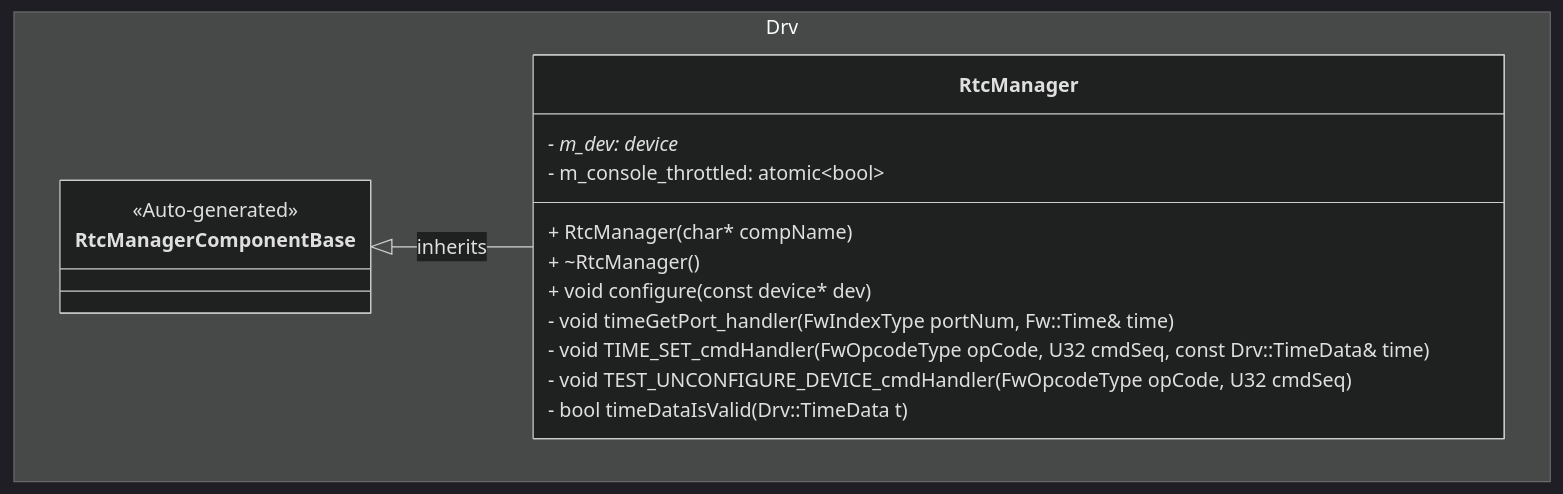
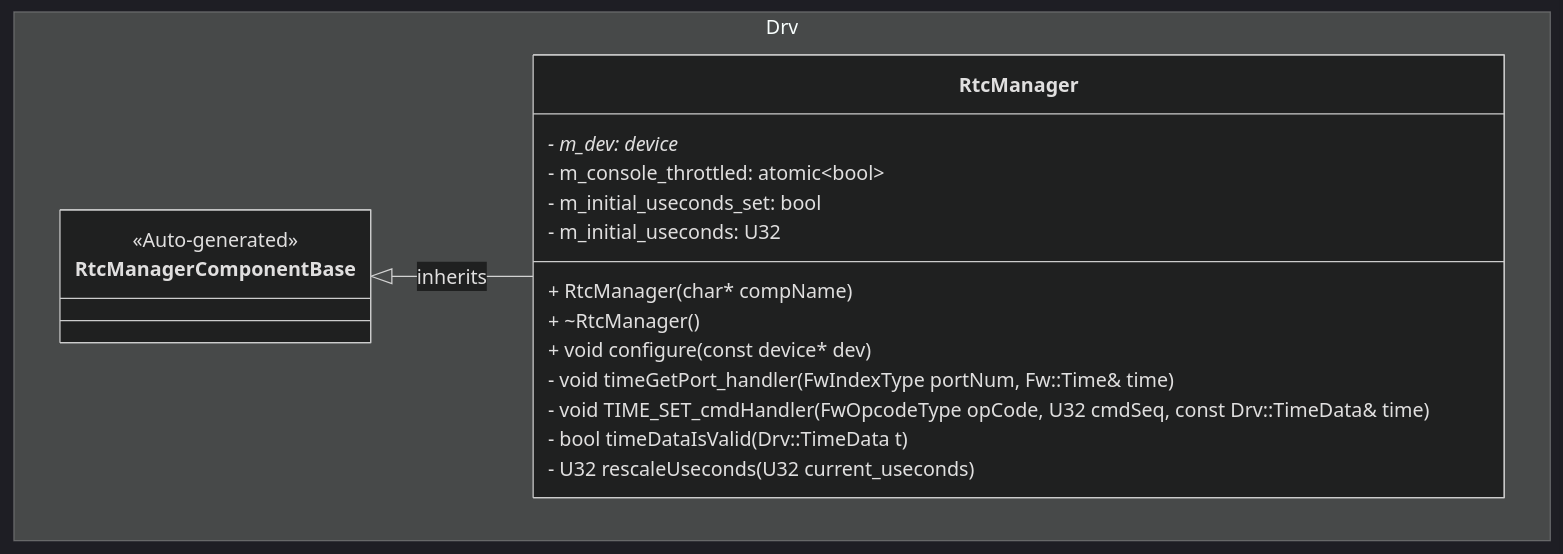
The first of 7 diagrams in FprimeZephyrReference/Components/Drv/RtcManager/docs/sdd.md (Open-Source-Space-Foundation/proves-core-reference), drawn with Mermaid (dark theme) before and after one commit. The commit also changed other lines of this file and 14 other files, not shown here.

````diff
--- a/FprimeZephyrReference/Components/Drv/RtcManager/docs/sdd.md
+++ b/FprimeZephyrReference/Components/Drv/RtcManager/docs/sdd.md
@@ -69,20 +92,22 @@
 ```mermaid
 classDiagram
     namespace Drv {
         class RtcManagerComponentBase {
             <<Auto-generated>>
         }
         class RtcManager {
             - m_dev: device*
             - m_console_throttled: atomic~bool~
+            - m_initial_useconds_set: bool
+            - m_initial_useconds: U32
             + RtcManager(char* compName)
             + ~RtcManager()
             + void configure(const device* dev)
             - void timeGetPort_handler(FwIndexType portNum, Fw::Time& time)
             - void TIME_SET_cmdHandler(FwOpcodeType opCode, U32 cmdSeq, const Drv::TimeData& time)
-            - void TEST_UNCONFIGURE_DEVICE_cmdHandler(FwOpcodeType opCode, U32 cmdSeq)
             - bool timeDataIsValid(Drv::TimeData t)
+            - U32 rescaleUseconds(U32 current_useconds)
         }
     }
     RtcManagerComponentBase <|-- RtcManager : inherits
 ```
````
